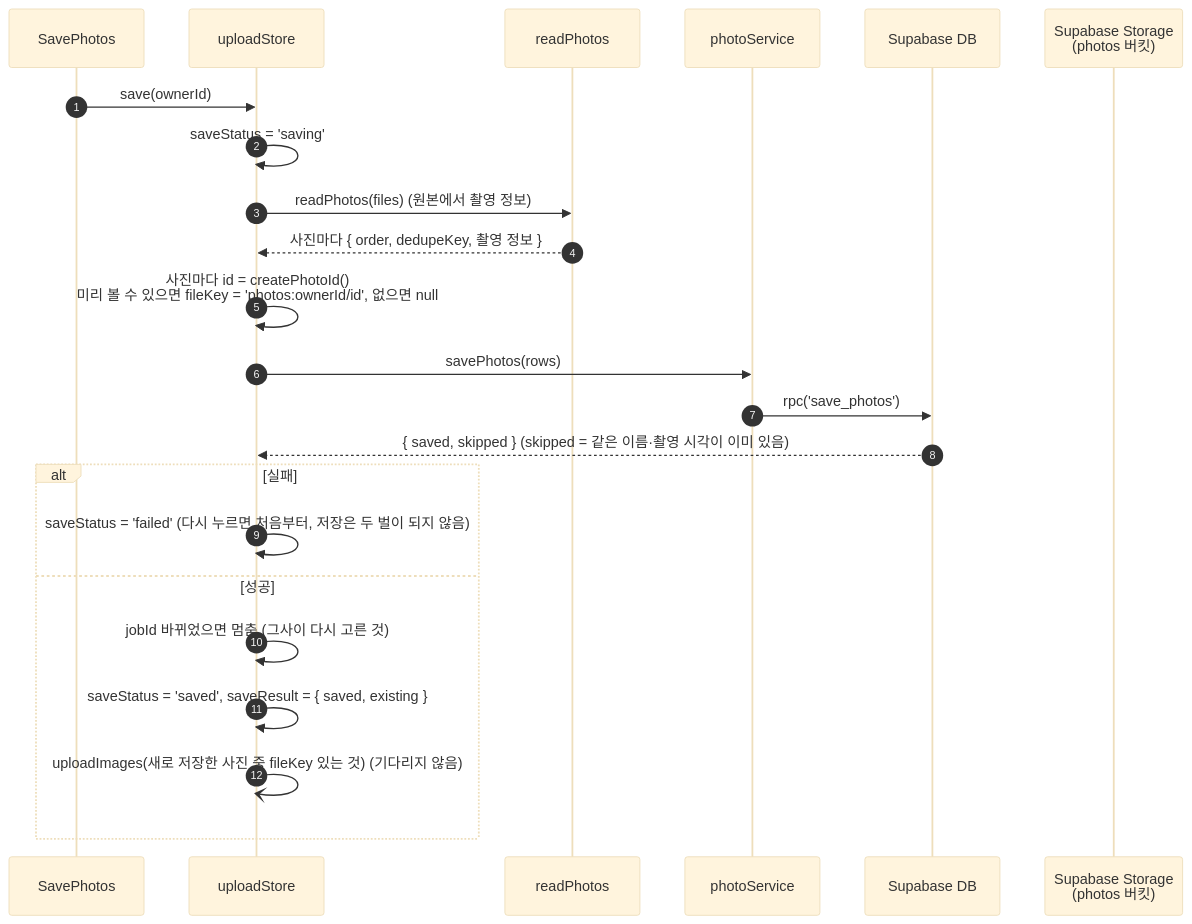
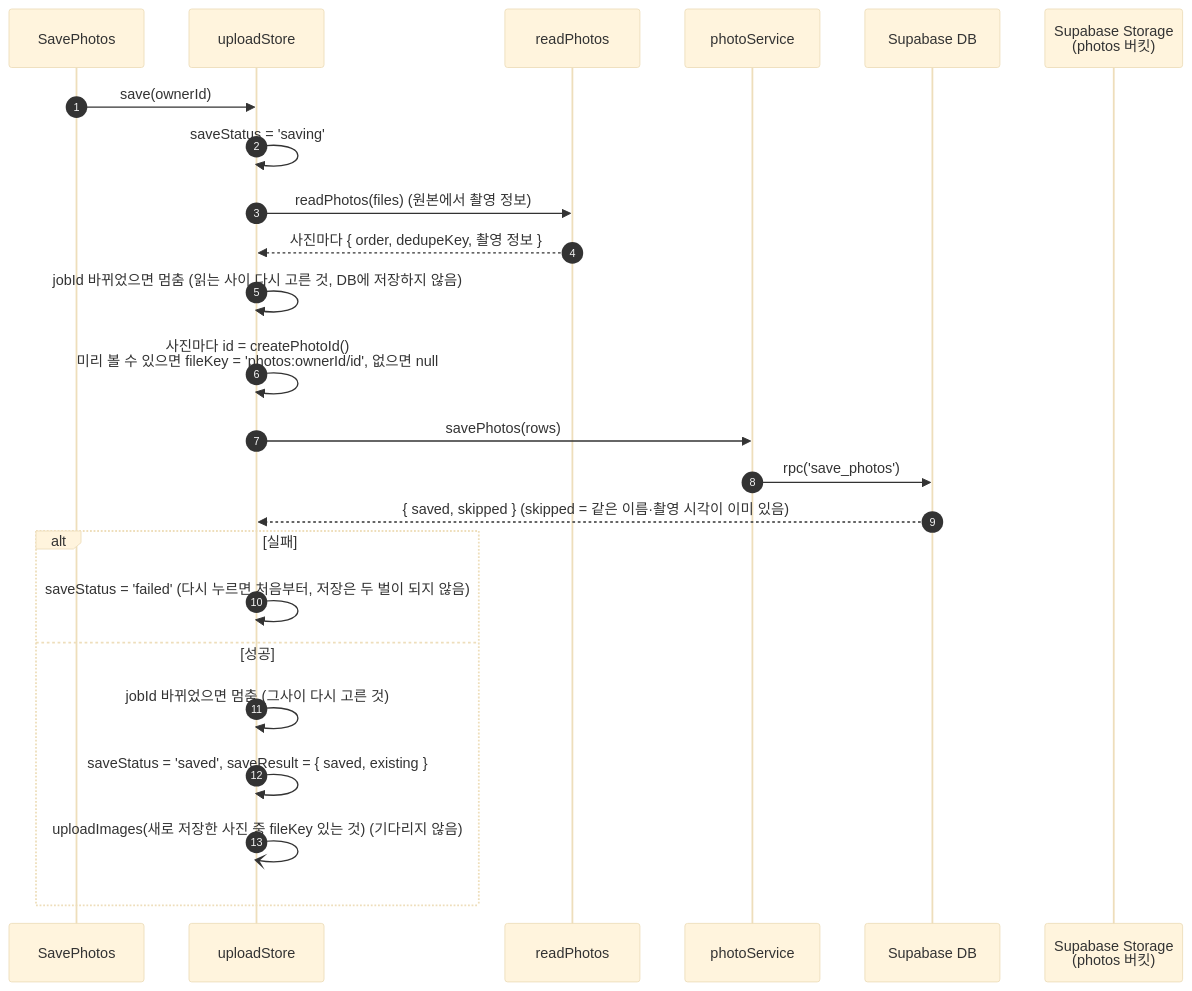
Before and after one commit to 2026-WebFW-1/danyeo-on: the first of 4 diagrams in docs/upload/IMAGE_UPLOAD_FLOW.md, drawn with Mermaid (base theme). The commit also changed 2 other files, not shown here.

Commit message:
fix: 촬영 정보를 읽는 도중 다시 고르면 DB에 저장하지 않기

````diff
--- a/docs/upload/IMAGE_UPLOAD_FLOW.md
+++ b/docs/upload/IMAGE_UPLOAD_FLOW.md
@@ -22,27 +22,28 @@
 ```mermaid
 sequenceDiagram
     autonumber
     participant UI as SavePhotos
     participant Store as uploadStore
     participant Read as readPhotos
     participant Svc as photoService
     participant DB as Supabase DB
     participant S3 as Supabase Storage<br/>(photos 버킷)
 
     UI->>Store: save(ownerId)
     Store->>Store: saveStatus = 'saving'
     Store->>Read: readPhotos(files) (원본에서 촬영 정보)
     Read-->>Store: 사진마다 { order, dedupeKey, 촬영 정보 }
+    Store->>Store: jobId 바뀌었으면 멈춤 (읽는 사이 다시 고른 것, DB에 저장하지 않음)
     Store->>Store: 사진마다 id = createPhotoId()<br/>미리 볼 수 있으면 fileKey = 'photos:ownerId/id', 없으면 null
     Store->>Svc: savePhotos(rows)
     Svc->>DB: rpc('save_photos')
     DB-->>Store: { saved, skipped } (skipped = 같은 이름·촬영 시각이 이미 있음)
 
     alt 실패
         Store->>Store: saveStatus = 'failed' (다시 누르면 처음부터, 저장은 두 벌이 되지 않음)
     else 성공
         Store->>Store: jobId 바뀌었으면 멈춤 (그사이 다시 고른 것)
         Store->>Store: saveStatus = 'saved', saveResult = { saved, existing }
         Store-)Store: uploadImages(새로 저장한 사진 중 fileKey 있는 것) (기다리지 않음)
     end
 ```
````
